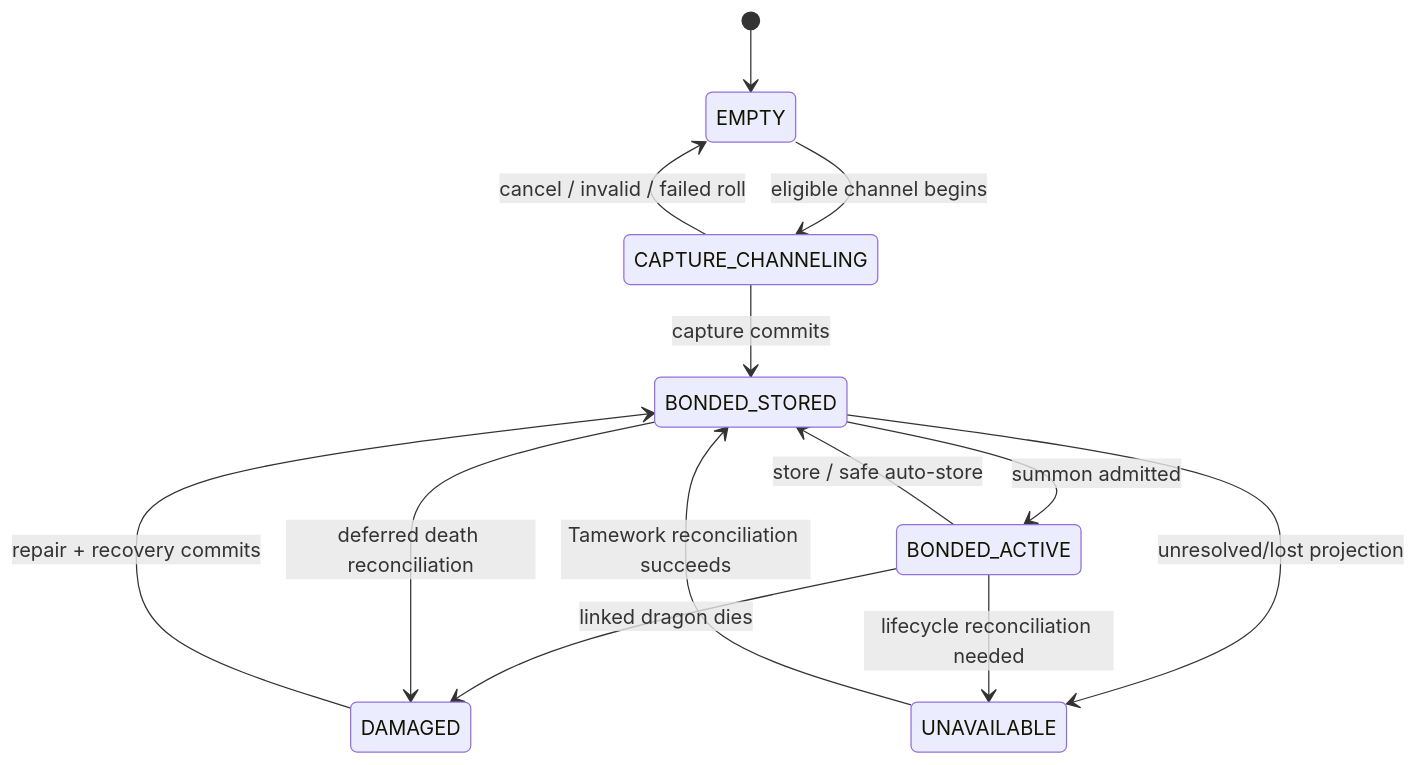
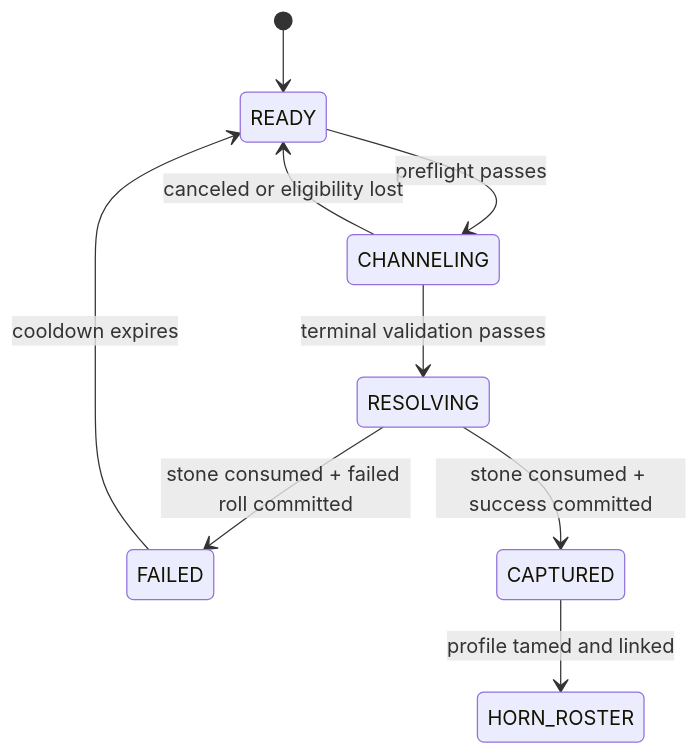
One commit to Alechilles/HyDragon changed the diagram in docs/specs/capture-summoning-maintenance.md. Above: the diagram before and after it, drawn with Mermaid. The commit also changed other lines of this file and 5 other files, not shown here.

Commit message:
Docs: redesign capture around Dragon Horn

````diff
--- a/docs/specs/capture-summoning-maintenance.md
+++ b/docs/specs/capture-summoning-maintenance.md
@@ -108,15 +112,11 @@
 ```mermaid
 stateDiagram-v2
-    [*] --> EMPTY
-    EMPTY --> CAPTURE_CHANNELING: eligible channel begins
-    CAPTURE_CHANNELING --> EMPTY: cancel / invalid / failed roll
-    CAPTURE_CHANNELING --> BONDED_STORED: capture commits
-    BONDED_STORED --> BONDED_ACTIVE: summon admitted
-    BONDED_ACTIVE --> BONDED_STORED: store / safe auto-store
-    BONDED_ACTIVE --> DAMAGED: linked dragon dies
-    BONDED_STORED --> DAMAGED: deferred death reconciliation
-    DAMAGED --> BONDED_STORED: repair + recovery commits
-    BONDED_STORED --> UNAVAILABLE: unresolved/lost projection
-    BONDED_ACTIVE --> UNAVAILABLE: lifecycle reconciliation needed
-    UNAVAILABLE --> BONDED_STORED: Tamework reconciliation succeeds
+    [*] --> READY
+    READY --> CHANNELING: preflight passes
+    CHANNELING --> READY: canceled or eligibility lost
+    CHANNELING --> RESOLVING: terminal validation passes
+    RESOLVING --> FAILED: stone consumed + failed roll committed
+    RESOLVING --> CAPTURED: stone consumed + success committed
+    FAILED --> READY: cooldown expires
+    CAPTURED --> HORN_ROSTER: profile tamed and linked
 ```
````
